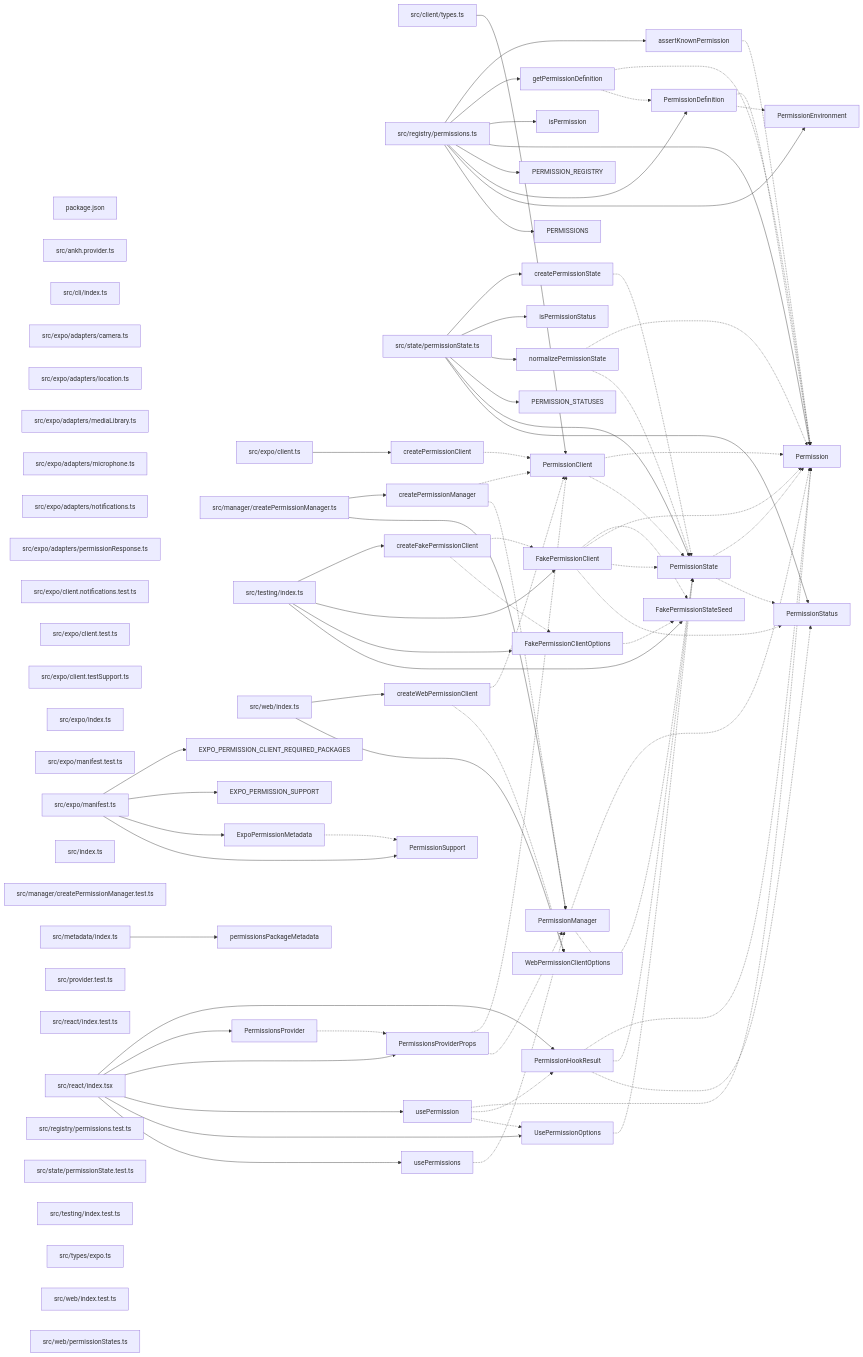
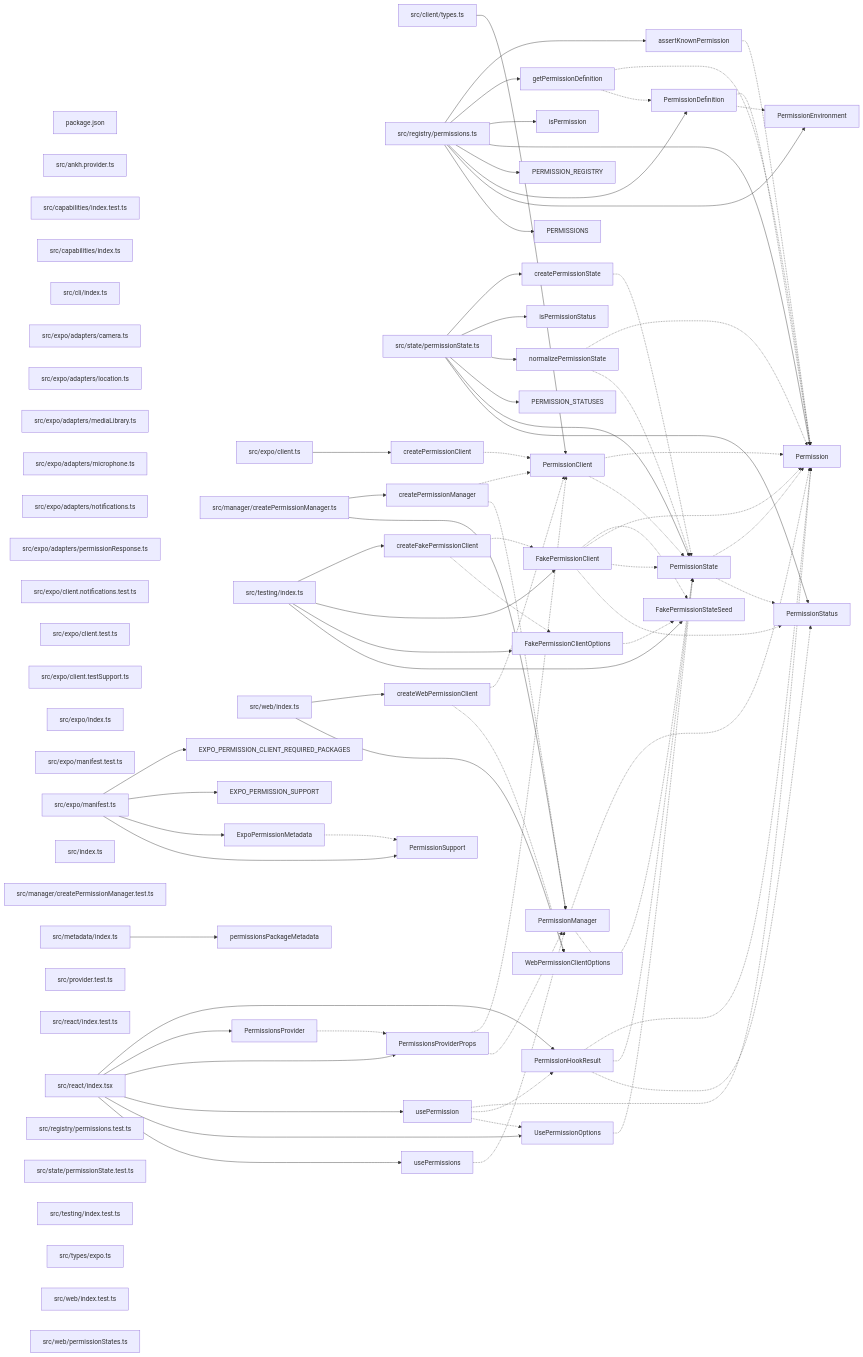
Before and after one commit to ankhorage/permissions: the diagram in paradox/diagrams/export-graph.mmd, drawn with Mermaid. The commit also changed 9 other files, not shown here.

```diff
--- a/paradox/diagrams/export-graph.mmd
+++ b/paradox/diagrams/export-graph.mmd
@@ -1,143 +1,145 @@
 graph LR
   module_package_json["package.json"]
   module_src_ankh_provider_ts["src/ankh.provider.ts"]
+  module_src_capabilities_index_test_ts["src/capabilities/index.test.ts"]
+  module_src_capabilities_index_ts["src/capabilities/index.ts"]
   module_src_cli_index_ts["src/cli/index.ts"]
   module_src_client_types_ts["src/client/types.ts"]
   module_src_expo_adapters_camera_ts["src/expo/adapters/camera.ts"]
   module_src_expo_adapters_location_ts["src/expo/adapters/location.ts"]
   module_src_expo_adapters_mediaLibrary_ts["src/expo/adapters/mediaLibrary.ts"]
   module_src_expo_adapters_microphone_ts["src/expo/adapters/microphone.ts"]
   module_src_expo_adapters_notifications_ts["src/expo/adapters/notifications.ts"]
   module_src_expo_adapters_permissionResponse_ts["src/expo/adapters/permissionResponse.ts"]
   module_src_expo_client_notifications_test_ts["src/expo/client.notifications.test.ts"]
   module_src_expo_client_test_ts["src/expo/client.test.ts"]
   module_src_expo_client_testSupport_ts["src/expo/client.testSupport.ts"]
   module_src_expo_client_ts["src/expo/client.ts"]
   module_src_expo_index_ts["src/expo/index.ts"]
   module_src_expo_manifest_test_ts["src/expo/manifest.test.ts"]
   module_src_expo_manifest_ts["src/expo/manifest.ts"]
   module_src_index_ts["src/index.ts"]
   module_src_manager_createPermissionManager_test_ts["src/manager/createPermissionManager.test.ts"]
   module_src_manager_createPermissionManager_ts["src/manager/createPermissionManager.ts"]
   module_src_metadata_index_ts["src/metadata/index.ts"]
   module_src_provider_test_ts["src/provider.test.ts"]
   module_src_react_index_test_ts["src/react/index.test.ts"]
   module_src_react_index_tsx["src/react/index.tsx"]
   module_src_registry_permissions_test_ts["src/registry/permissions.test.ts"]
   module_src_registry_permissions_ts["src/registry/permissions.ts"]
   module_src_state_permissionState_test_ts["src/state/permissionState.test.ts"]
   module_src_state_permissionState_ts["src/state/permissionState.ts"]
   module_src_testing_index_test_ts["src/testing/index.test.ts"]
   module_src_testing_index_ts["src/testing/index.ts"]
   module_src_types_expo_ts["src/types/expo.ts"]
   module_src_web_index_test_ts["src/web/index.test.ts"]
   module_src_web_index_ts["src/web/index.ts"]
   module_src_web_permissionStates_ts["src/web/permissionStates.ts"]
   export_assertKnownPermission["assertKnownPermission"]
   module_src_registry_permissions_ts --> export_assertKnownPermission
   export_assertKnownPermission -.-> export_Permission
   export_createFakePermissionClient["createFakePermissionClient"]
   module_src_testing_index_ts --> export_createFakePermissionClient
   export_createFakePermissionClient -.-> export_FakePermissionClient
   export_createFakePermissionClient -.-> export_FakePermissionClientOptions
   export_createPermissionClient["createPermissionClient"]
   module_src_expo_client_ts --> export_createPermissionClient
   export_createPermissionClient -.-> export_PermissionClient
   export_createPermissionManager["createPermissionManager"]
   module_src_manager_createPermissionManager_ts --> export_createPermissionManager
   export_createPermissionManager -.-> export_PermissionClient
   export_createPermissionManager -.-> export_PermissionManager
   export_createPermissionState["createPermissionState"]
   module_src_state_permissionState_ts --> export_createPermissionState
   export_createPermissionState -.-> export_PermissionState
   export_createWebPermissionClient["createWebPermissionClient"]
   module_src_web_index_ts --> export_createWebPermissionClient
   export_createWebPermissionClient -.-> export_PermissionClient
   export_createWebPermissionClient -.-> export_WebPermissionClientOptions
   export_EXPO_PERMISSION_CLIENT_REQUIRED_PACKAGES["EXPO_PERMISSION_CLIENT_REQUIRED_PACKAGES"]
   module_src_expo_manifest_ts --> export_EXPO_PERMISSION_CLIENT_REQUIRED_PACKAGES
   export_EXPO_PERMISSION_SUPPORT["EXPO_PERMISSION_SUPPORT"]
   module_src_expo_manifest_ts --> export_EXPO_PERMISSION_SUPPORT
   export_ExpoPermissionMetadata["ExpoPermissionMetadata"]
   module_src_expo_manifest_ts --> export_ExpoPermissionMetadata
   export_ExpoPermissionMetadata -.-> export_PermissionSupport
   export_FakePermissionClient["FakePermissionClient"]
   module_src_testing_index_ts --> export_FakePermissionClient
   export_FakePermissionClient -.-> export_FakePermissionStateSeed
   export_FakePermissionClient -.-> export_Permission
   export_FakePermissionClient -.-> export_PermissionState
   export_FakePermissionClient -.-> export_PermissionStatus
   export_FakePermissionClientOptions["FakePermissionClientOptions"]
   module_src_testing_index_ts --> export_FakePermissionClientOptions
   export_FakePermissionClientOptions -.-> export_FakePermissionStateSeed
   export_FakePermissionStateSeed["FakePermissionStateSeed"]
   module_src_testing_index_ts --> export_FakePermissionStateSeed
   export_getPermissionDefinition["getPermissionDefinition"]
   module_src_registry_permissions_ts --> export_getPermissionDefinition
   export_getPermissionDefinition -.-> export_Permission
   export_getPermissionDefinition -.-> export_PermissionDefinition
   export_isPermission["isPermission"]
   module_src_registry_permissions_ts --> export_isPermission
   export_isPermissionStatus["isPermissionStatus"]
   module_src_state_permissionState_ts --> export_isPermissionStatus
   export_normalizePermissionState["normalizePermissionState"]
   module_src_state_permissionState_ts --> export_normalizePermissionState
   export_normalizePermissionState -.-> export_Permission
   export_normalizePermissionState -.-> export_PermissionState
   export_Permission["Permission"]
   module_src_registry_permissions_ts --> export_Permission
   export_PERMISSION_REGISTRY["PERMISSION_REGISTRY"]
   module_src_registry_permissions_ts --> export_PERMISSION_REGISTRY
   export_PERMISSION_STATUSES["PERMISSION_STATUSES"]
   module_src_state_permissionState_ts --> export_PERMISSION_STATUSES
   export_PermissionClient["PermissionClient"]
   module_src_client_types_ts --> export_PermissionClient
   export_PermissionClient -.-> export_Permission
   export_PermissionClient -.-> export_PermissionState
   export_PermissionDefinition["PermissionDefinition"]
   module_src_registry_permissions_ts --> export_PermissionDefinition
   export_PermissionDefinition -.-> export_Permission
   export_PermissionDefinition -.-> export_PermissionEnvironment
   export_PermissionEnvironment["PermissionEnvironment"]
   module_src_registry_permissions_ts --> export_PermissionEnvironment
   export_PermissionHookResult["PermissionHookResult"]
   module_src_react_index_tsx --> export_PermissionHookResult
   export_PermissionHookResult -.-> export_Permission
   export_PermissionHookResult -.-> export_PermissionState
   export_PermissionHookResult -.-> export_PermissionStatus
   export_PermissionManager["PermissionManager"]
   module_src_manager_createPermissionManager_ts --> export_PermissionManager
   export_PermissionManager -.-> export_Permission
   export_PermissionManager -.-> export_PermissionState
   export_PERMISSIONS["PERMISSIONS"]
   module_src_registry_permissions_ts --> export_PERMISSIONS
   export_permissionsPackageMetadata["permissionsPackageMetadata"]
   module_src_metadata_index_ts --> export_permissionsPackageMetadata
   export_PermissionsProvider["PermissionsProvider"]
   module_src_react_index_tsx --> export_PermissionsProvider
   export_PermissionsProvider -.-> export_PermissionsProviderProps
   export_PermissionsProviderProps["PermissionsProviderProps"]
   module_src_react_index_tsx --> export_PermissionsProviderProps
   export_PermissionsProviderProps -.-> export_PermissionClient
   export_PermissionsProviderProps -.-> export_PermissionManager
   export_PermissionState["PermissionState"]
   module_src_state_permissionState_ts --> export_PermissionState
   export_PermissionState -.-> export_Permission
   export_PermissionState -.-> export_PermissionStatus
   export_PermissionStatus["PermissionStatus"]
   module_src_state_permissionState_ts --> export_PermissionStatus
   export_PermissionSupport["PermissionSupport"]
   module_src_expo_manifest_ts --> export_PermissionSupport
   export_usePermission["usePermission"]
   module_src_react_index_tsx --> export_usePermission
   export_usePermission -.-> export_Permission
   export_usePermission -.-> export_PermissionHookResult
   export_usePermission -.-> export_UsePermissionOptions
   export_UsePermissionOptions["UsePermissionOptions"]
   module_src_react_index_tsx --> export_UsePermissionOptions
   export_UsePermissionOptions -.-> export_PermissionState
   export_usePermissions["usePermissions"]
   module_src_react_index_tsx --> export_usePermissions
   export_usePermissions -.-> export_PermissionManager
   export_WebPermissionClientOptions["WebPermissionClientOptions"]
   module_src_web_index_ts --> export_WebPermissionClientOptions
```
